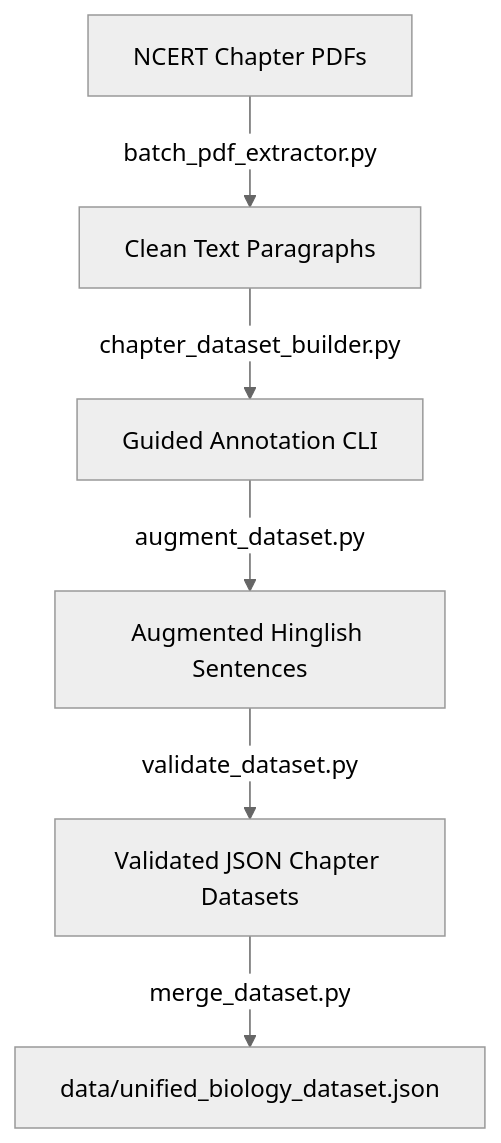
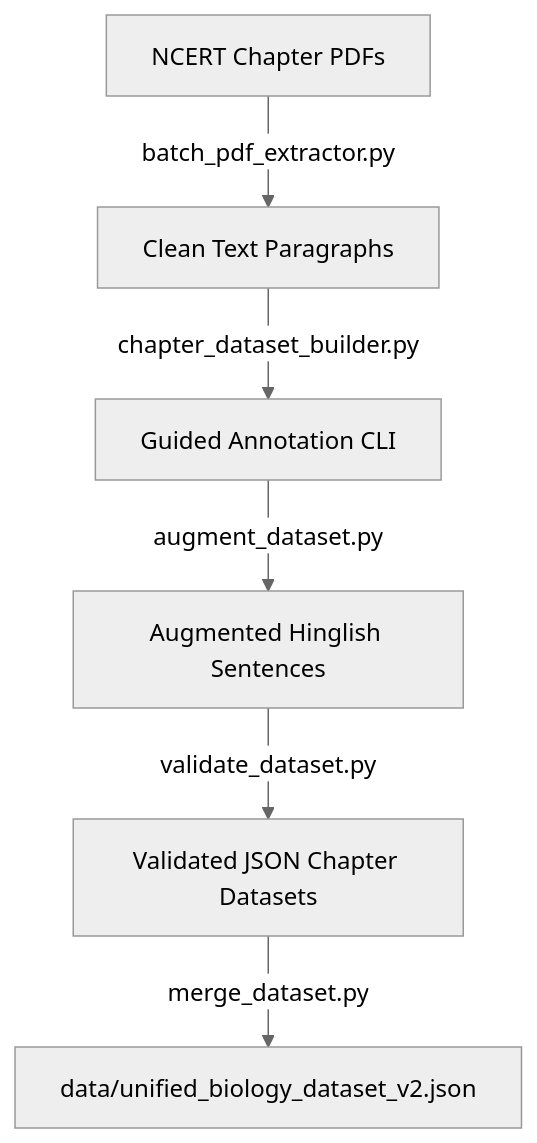
One commit to PersuasivePost/EduHinglish changed the first of 5 diagrams in test_commands.md. Above: the diagram before and after it, drawn with Mermaid (neutral theme). The commit also changed other lines of this file and 112 other files, not shown here.

````diff
--- a/test_commands.md
+++ b/test_commands.md
@@ -10,8 +10,8 @@
 ```mermaid
 graph TD
     A[NCERT Chapter PDFs] -->|batch_pdf_extractor.py| B[Clean Text Paragraphs]
     B -->|chapter_dataset_builder.py| C[Guided Annotation CLI]
     C -->|augment_dataset.py| D[Augmented Hinglish Sentences]
     D -->|validate_dataset.py| E[Validated JSON Chapter Datasets]
-    E -->|merge_dataset.py| F[data/unified_biology_dataset.json]
+    E -->|merge_dataset.py| F[data/unified_biology_dataset_v2.json]
 ```
````
